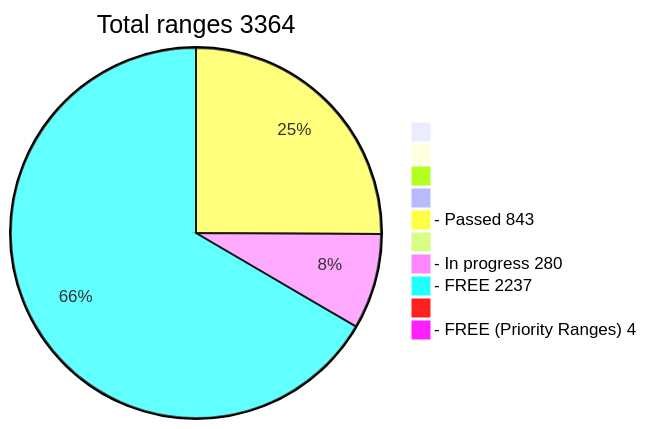
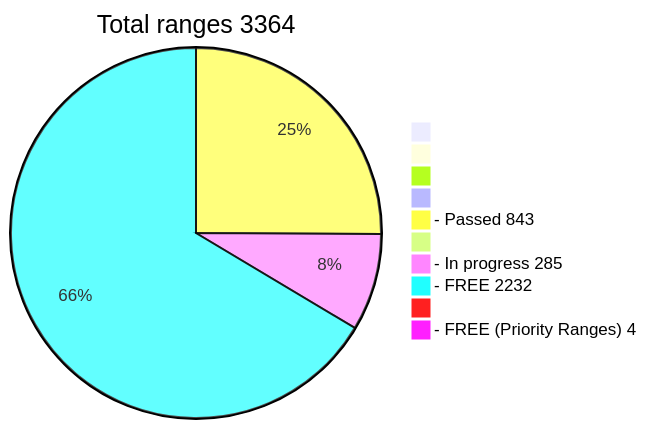
One commit to phrutis/wif500 changed the diagram in README.md. Above: the diagram before and after it, drawn with Mermaid.

````diff
--- a/README.md
+++ b/README.md
@@ -16,13 +16,13 @@
 ```mermaid
 pie title Total ranges 3364
              " " : 0
             "  " : 0
            "   " : 0
           "    " : 0
   "- Passed 843" : 843
          "     " : 0
-  "- In progress 280" : 280
-   "- FREE 2237" : 2237
+  "- In progress 285" : 285
+   "- FREE 2232" : 2232
         "      " : 0
   "- FREE (Priority Ranges) 4" : 4
 ```
````
